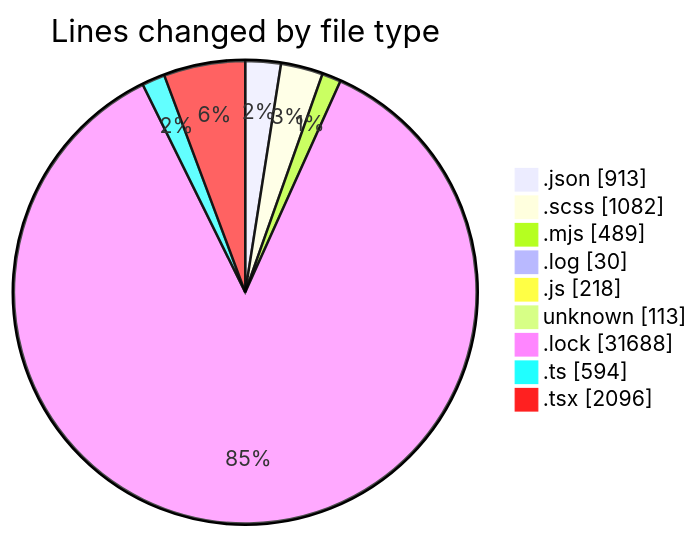
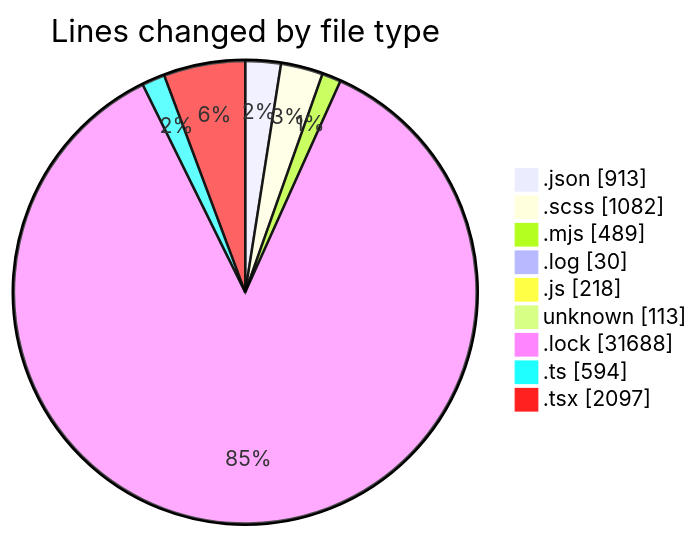
The first of 2 diagrams in 2026-08-12/cda/README.md (momahboobian/code-tracking), drawn with Mermaid before and after one commit. The commit also changed other lines of this file and 1 other file, not shown here.

````diff
--- a/2026-08-12/cda/README.md
+++ b/2026-08-12/cda/README.md
@@ -60,13 +60,13 @@
 ```mermaid
 pie showData
 title Lines changed by file type
 ".json" : 913
 ".scss" : 1082
 ".mjs" : 489
 ".log" : 30
 ".js" : 218
 "unknown" : 113
 ".lock" : 31688
 ".ts" : 594
-".tsx" : 2096
+".tsx" : 2097
 ```
````
